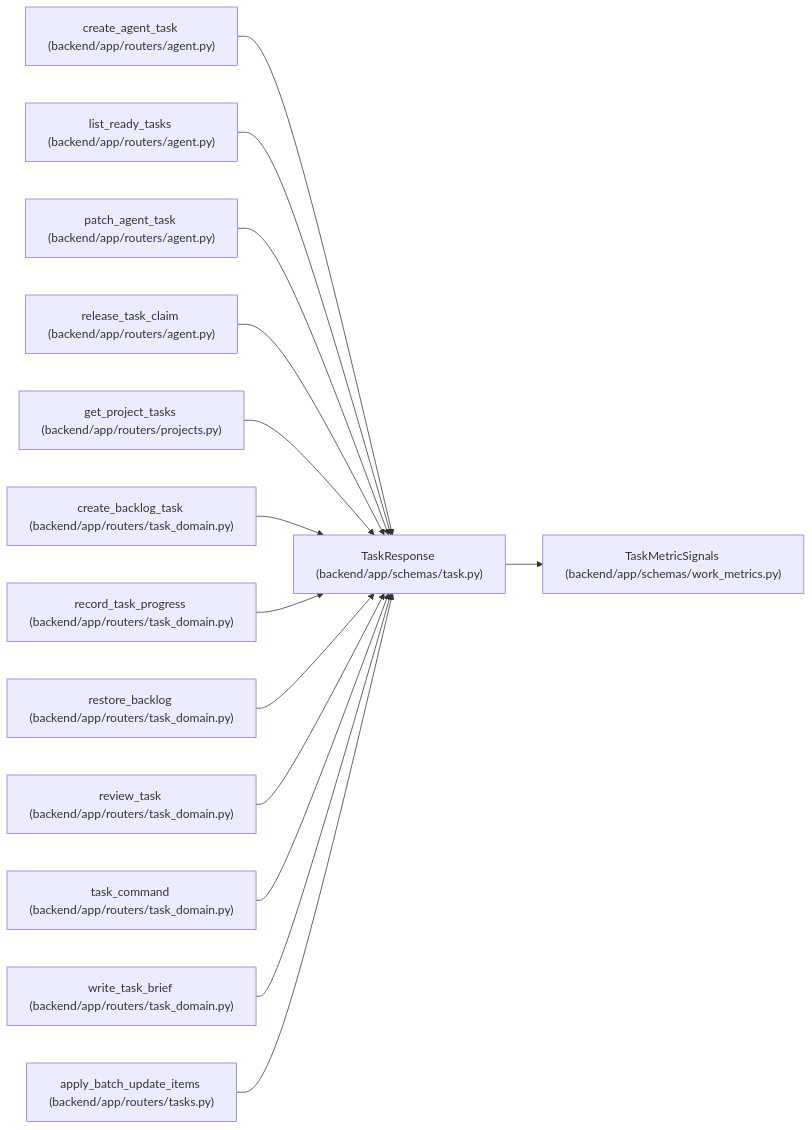
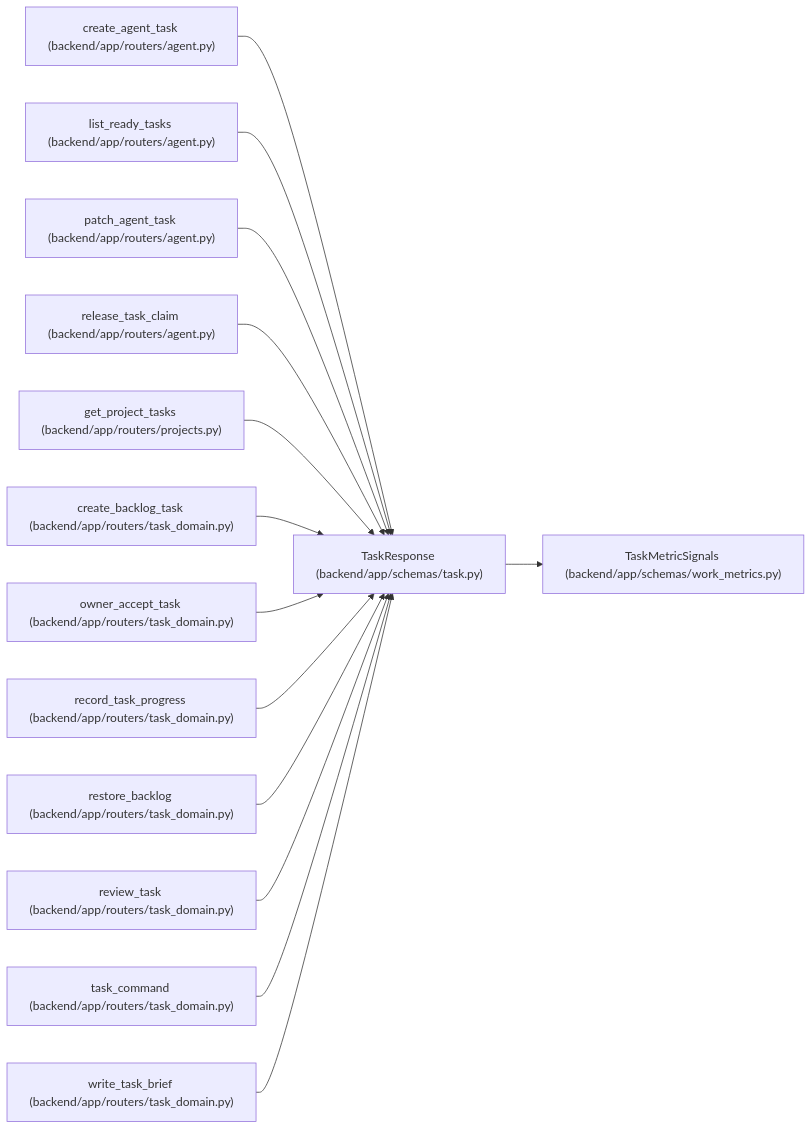
The diagram in docs/llm_wiki/entities/TaskResponse.md (Denissvgn/WorkChord), drawn with Mermaid before and after one commit. The commit also changed other lines of this file and 672 other files, not shown here.

Commit message:
Sync the architectural wiki for owner acceptance under the different-publisher policy

````diff
--- a/docs/llm_wiki/entities/TaskResponse.md
+++ b/docs/llm_wiki/entities/TaskResponse.md
@@ -96,44 +96,44 @@
 ```mermaid
 flowchart LR
     n0["TaskResponse (backend/app/schemas/task.py)"]
     n1["TaskMetricSignals (backend/app/schemas/work_metrics.py)"]
     n2["create_agent_task (backend/app/routers/agent.py)"]
     n3["list_ready_tasks (backend/app/routers/agent.py)"]
     n4["patch_agent_task (backend/app/routers/agent.py)"]
     n5["release_task_claim (backend/app/routers/agent.py)"]
     n6["get_project_tasks (backend/app/routers/projects.py)"]
     n7["create_backlog_task (backend/app/routers/task_domain.py)"]
-    n8["record_task_progress (backend/app/routers/task_domain.py)"]
-    n9["restore_backlog (backend/app/routers/task_domain.py)"]
-    n10["review_task (backend/app/routers/task_domain.py)"]
-    n11["task_command (backend/app/routers/task_domain.py)"]
-    n12["write_task_brief (backend/app/routers/task_domain.py)"]
-    n13["apply_batch_update_items (backend/app/routers/tasks.py)"]
+    n8["owner_accept_task (backend/app/routers/task_domain.py)"]
+    n9["record_task_progress (backend/app/routers/task_domain.py)"]
+    n10["restore_backlog (backend/app/routers/task_domain.py)"]
+    n11["review_task (backend/app/routers/task_domain.py)"]
+    n12["task_command (backend/app/routers/task_domain.py)"]
+    n13["write_task_brief (backend/app/routers/task_domain.py)"]
     n0 --> n1
     n2 --> n0
     n3 --> n0
     n4 --> n0
     n5 --> n0
     n6 --> n0
     n7 --> n0
     n8 --> n0
     n9 --> n0
     n10 --> n0
     n11 --> n0
     n12 --> n0
     n13 --> n0
     click n0 "../modules/schemas_task.md"
     click n1 "../modules/schemas_work_metrics.md"
     click n2 "../modules/routers_agent.md"
     click n3 "../modules/routers_agent.md"
     click n4 "../modules/routers_agent.md"
     click n5 "../modules/routers_agent.md"
     click n6 "../modules/projects.md"
     click n7 "../modules/routers_task_domain.md"
     click n8 "../modules/routers_task_domain.md"
     click n9 "../modules/routers_task_domain.md"
     click n10 "../modules/routers_task_domain.md"
     click n11 "../modules/routers_task_domain.md"
     click n12 "../modules/routers_task_domain.md"
-    click n13 "../modules/tasks.md"
+    click n13 "../modules/routers_task_domain.md"
 ```
````
